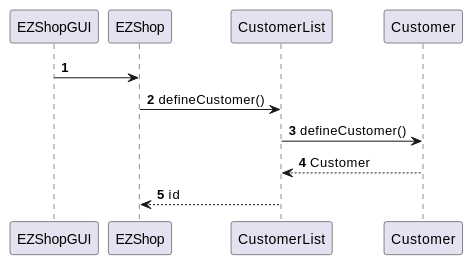
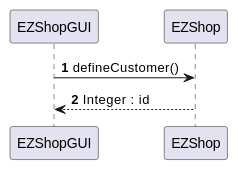
The tenth of 22 diagrams in Deliverables/DesignDocument.md (mkexc/ezshop), drawn with PlantUML before and after one commit. The commit also changed other lines of this file and 3 other files, not shown here.

````diff
--- a/Deliverables/DesignDocument.md
+++ b/Deliverables/DesignDocument.md
@@ -352,10 +335,7 @@
 ```plantuml
 @startuml
 autonumber
-EZShopGUI -> EZShop
-EZShop -> CustomerList : defineCustomer()
-CustomerList -> Customer: defineCustomer()
-CustomerList <-- Customer: Customer
-EZShop <-- CustomerList : id
+EZShopGUI -> EZShop : defineCustomer()
+EZShop --> EZShopGUI : Integer : id
 @enduml
 ```
````
